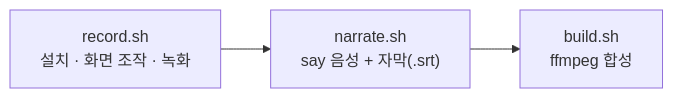
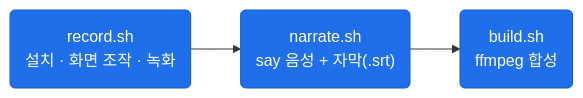
Before and after one commit to JoisFe/deja-vroom: the diagram in scripts/demo-video/README.md, drawn with Mermaid. The commit also changed other lines of this file and 17 other files, not shown here.

First line of the commit message:
문서 다이어그램을 색·모양 규칙에 맞춰 다시 그리고 코드와 다른 설명 정리

````diff
--- a/scripts/demo-video/README.md
+++ b/scripts/demo-video/README.md
@@ -5,4 +7,6 @@
 ```mermaid
 flowchart LR
-    R["record.sh<br/>설치 · 화면 조작 · 녹화"] --> N["narrate.sh<br/>say 음성 + 자막(.srt)"] --> M["build.sh<br/>ffmpeg 합성"]
+    R("record.sh<br/>설치 · 화면 조작 · 녹화"):::app --> N("narrate.sh<br/>say 음성 + 자막(.srt)"):::app --> M("build.sh<br/>ffmpeg 합성"):::app
+
+    classDef app fill:#1f6feb,stroke:#1158c7,color:#ffffff
 ```
````
